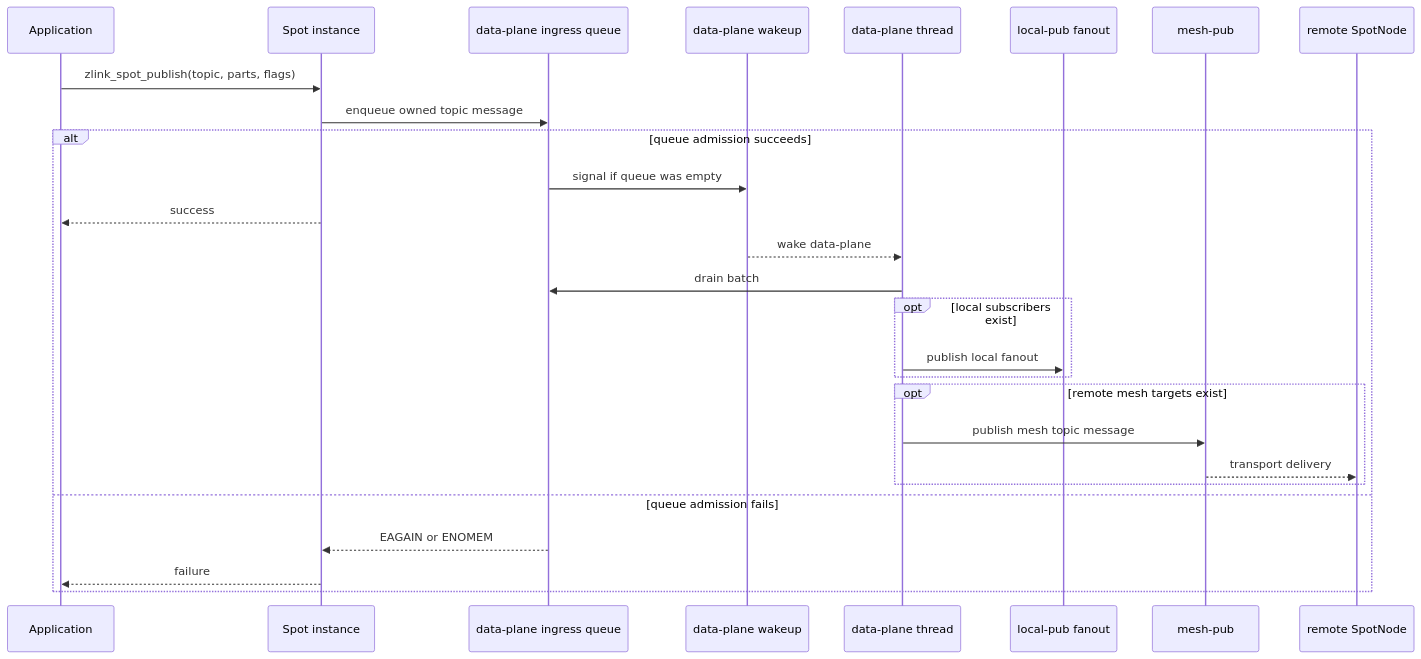
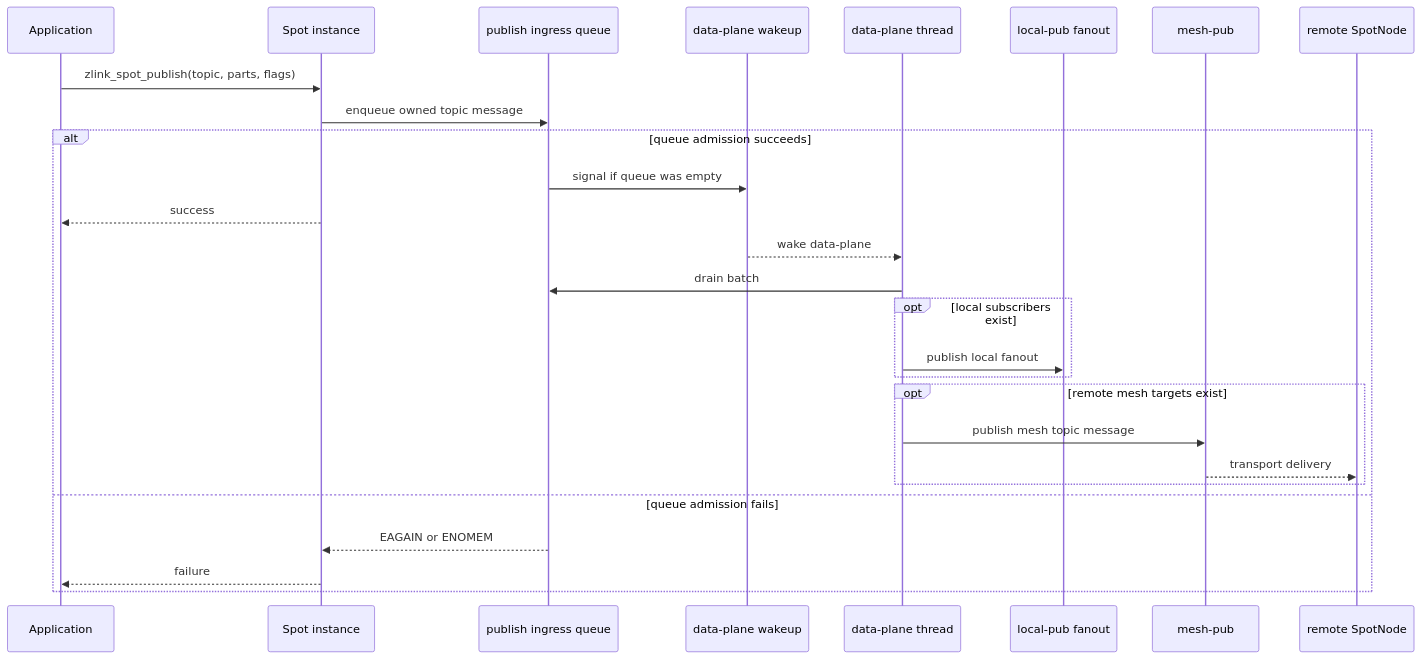
The seventh of 12 diagrams in doc/spec/draft/spot-publish-data-plane-ingress.ko.md (kairos-code-dev/zlink), drawn with Mermaid before and after one commit. The commit also changed other lines of this file, not shown here.

Commit message:
docs: finalize spot data-plane ingress draft

````diff
--- a/doc/spec/draft/spot-publish-data-plane-ingress.ko.md
+++ b/doc/spec/draft/spot-publish-data-plane-ingress.ko.md
@@ -240,30 +366,30 @@
 ```mermaid
 sequenceDiagram
     participant App as Application
     participant Spot as Spot instance
-    participant Queue as data-plane ingress queue
+    participant Queue as publish ingress queue
     participant Wake as data-plane wakeup
     participant DP as data-plane thread
     participant Local as local-pub fanout
     participant Mesh as mesh-pub
     participant Peer as remote SpotNode
 
     App->>Spot: zlink_spot_publish(topic, parts, flags)
     Spot->>Queue: enqueue owned topic message
     alt queue admission succeeds
         Queue->>Wake: signal if queue was empty
         Spot-->>App: success
         Wake-->>DP: wake data-plane
         DP->>Queue: drain batch
         opt local subscribers exist
             DP->>Local: publish local fanout
         end
         opt remote mesh targets exist
             DP->>Mesh: publish mesh topic message
             Mesh-->>Peer: transport delivery
         end
     else queue admission fails
         Queue-->>Spot: EAGAIN or ENOMEM
         Spot-->>App: failure
     end
 ```
````
